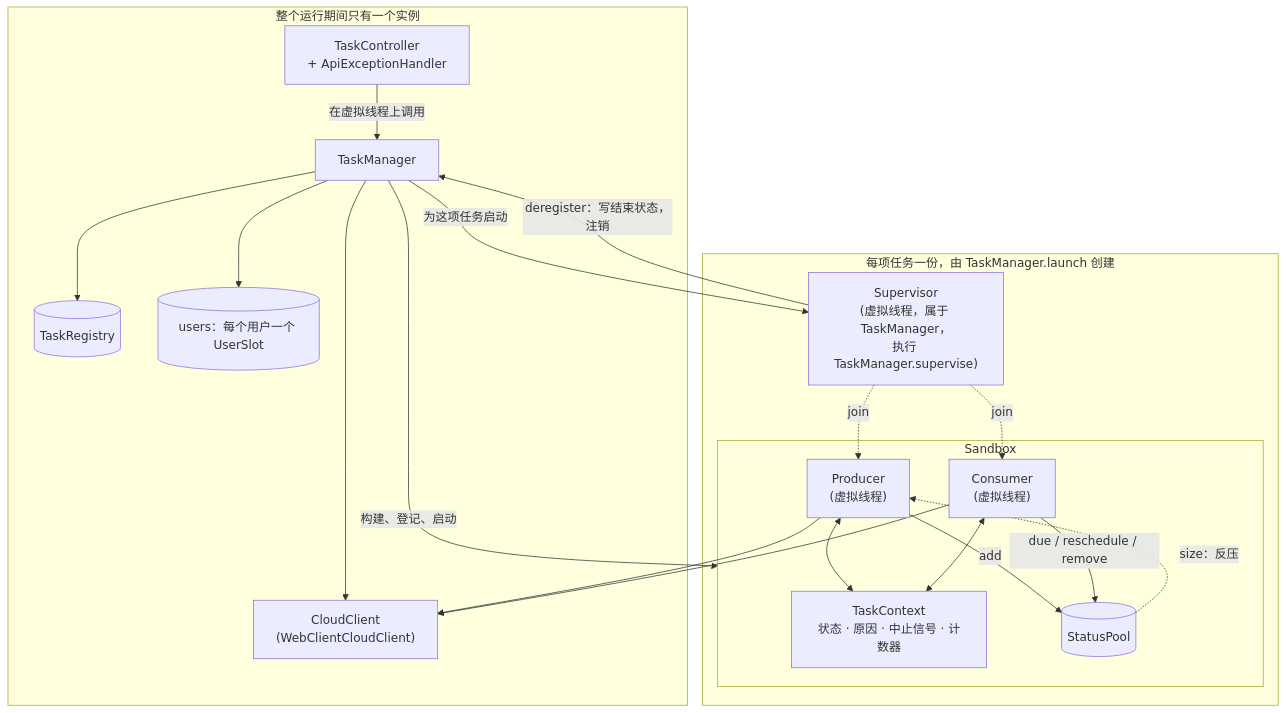
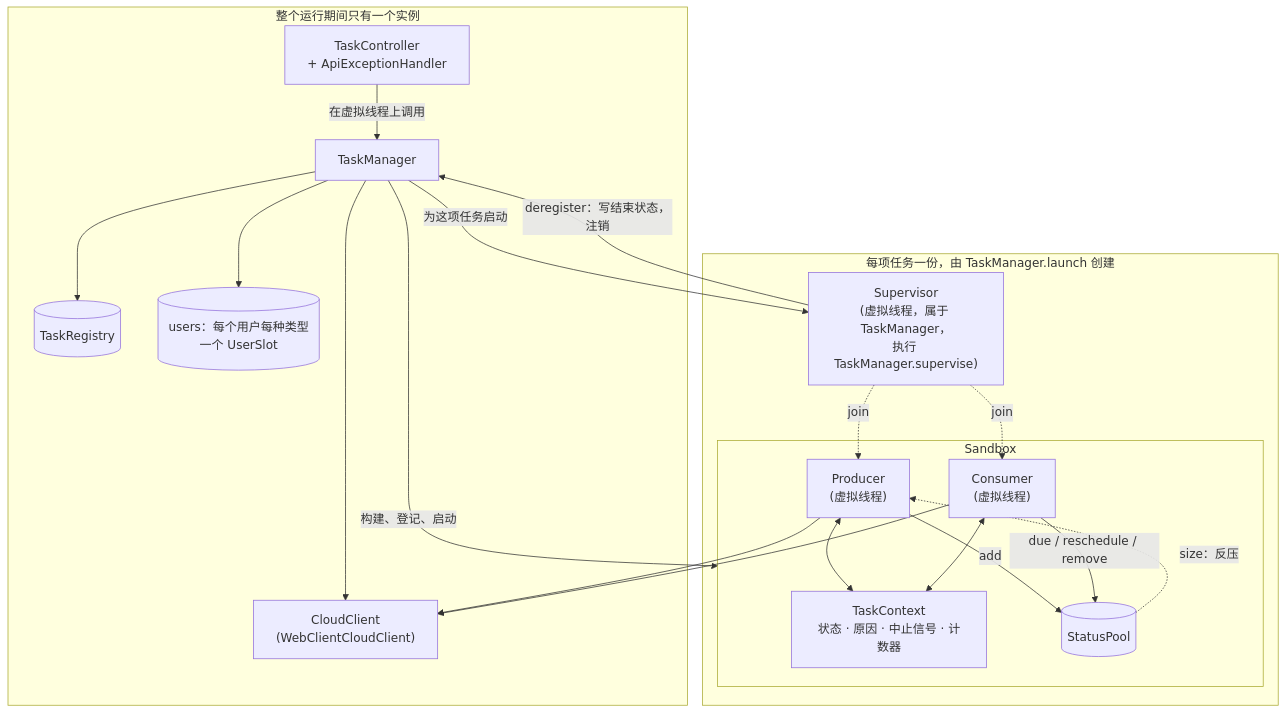
One commit to wwsstl/asynchrone-anwendungsarchitektur changed the first of 5 diagrams in docs/architect/implementierung_zh.md. Above: the diagram before and after it, drawn with Mermaid. The commit also changed other lines of this file and 35 other files, not shown here.

````diff
--- a/docs/architect/implementierung_zh.md
+++ b/docs/architect/implementierung_zh.md
@@ -73,35 +73,35 @@
 ```mermaid
 flowchart TB
     subgraph Singletons["整个运行期间只有一个实例"]
         API["TaskController<br/>+ ApiExceptionHandler"]
         TM["TaskManager"]
         Reg[("TaskRegistry")]
-        Users[("users：每个用户一个 UserSlot")]
+        Users[("users：每个用户每种类型一个 UserSlot")]
         Cloud["CloudClient<br/>(WebClientCloudClient)"]
     end
     subgraph PerTask["每项任务一份，由 TaskManager.launch 创建"]
         subgraph SB["Sandbox"]
             Ctx["TaskContext<br/>状态 · 原因 · 中止信号 · 计数器"]
             Pool[("StatusPool")]
             P["Producer<br/>(虚拟线程)"]
             C["Consumer<br/>(虚拟线程)"]
         end
         Sup["Supervisor<br/>(虚拟线程，属于 TaskManager，<br/>执行 TaskManager.supervise)"]
     end
     API -->|在虚拟线程上调用| TM
     TM --> Reg
     TM --> Users
     TM -->|构建、登记、启动| SB
     TM -->|为这项任务启动| Sup
     P <--> Ctx
     C <--> Ctx
     P -->|add| Pool
     C -->|due / reschedule / remove| Pool
     Pool -.->|size：反压| P
     Sup -.->|join| P
     Sup -.->|join| C
     Sup -->|deregister：写结束状态，注销| TM
     P --> Cloud
     C --> Cloud
     TM --> Cloud
 ```
````
